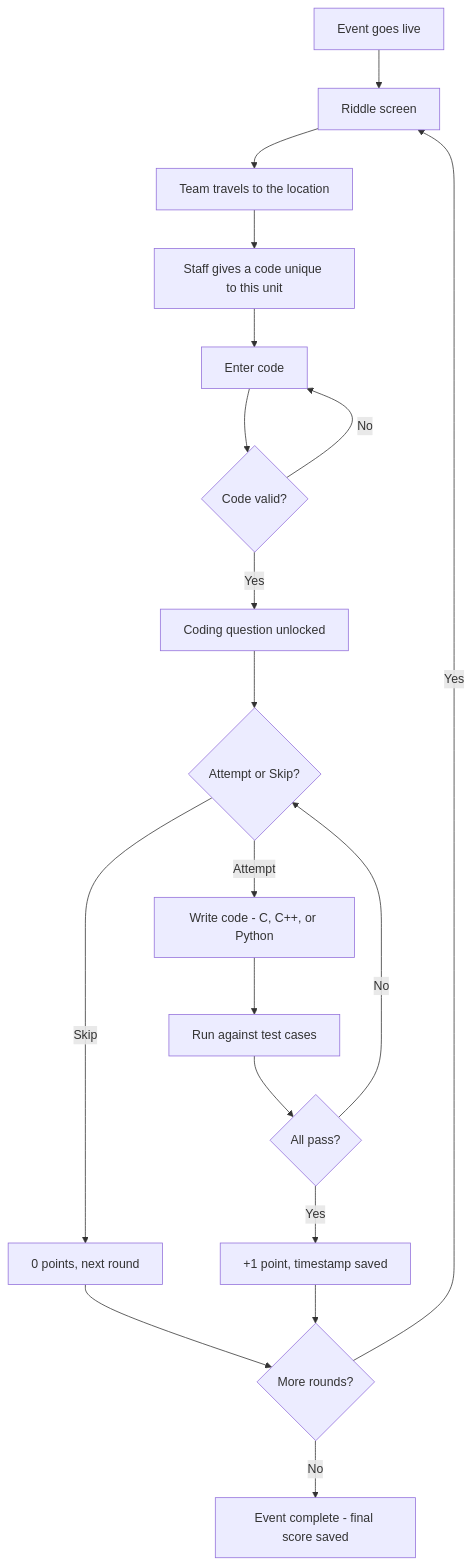
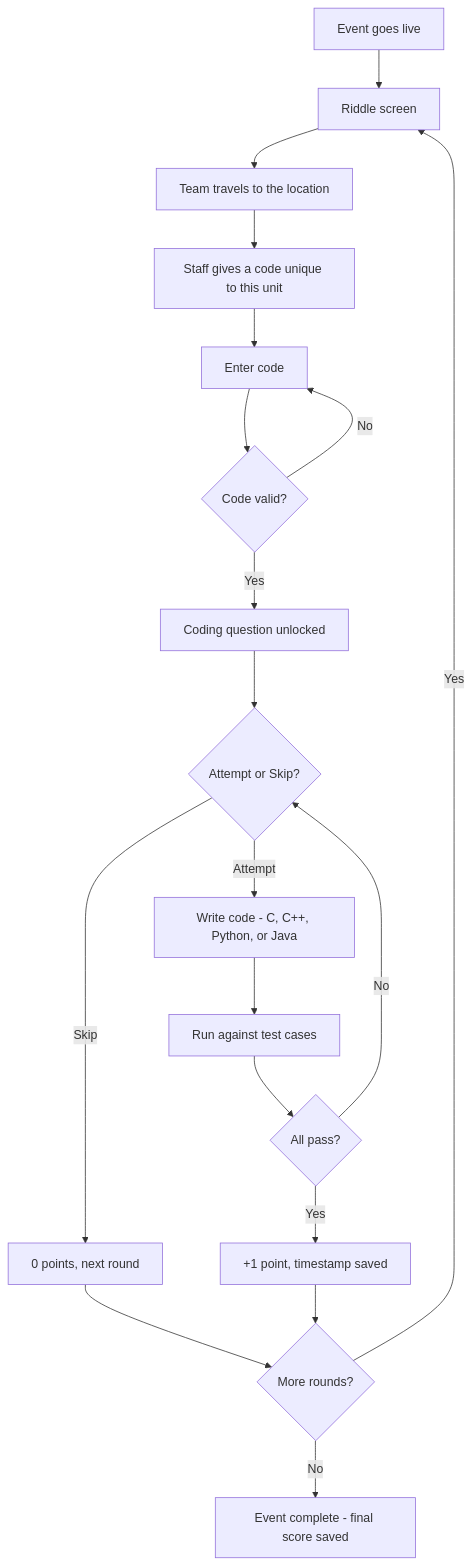
Before and after one commit to Developer-Amar/tech-track: the third of 4 diagrams in docs/Tech_Track_App_Flow.md, drawn with Mermaid. The commit also changed other lines of this file and 103 other files, not shown here.

Commit message:
feat: complete Tech Trek v1.0 — Sentinel Terminal, cinematic scroll timeline, 3D WebGL, full event platform, security patches

````diff
--- a/docs/Tech_Track_App_Flow.md
+++ b/docs/Tech_Track_App_Flow.md
@@ -69,21 +69,21 @@
 ```mermaid
 flowchart TD
     A[Event goes live] --> B[Riddle screen]
     B --> C[Team travels to the location]
     C --> D[Staff gives a code unique to this unit]
     D --> E[Enter code]
     E --> F{Code valid?}
     F -->|No| E
     F -->|Yes| G[Coding question unlocked]
     G --> H{Attempt or Skip?}
     H -->|Skip| I[0 points, next round]
-    H -->|Attempt| J[Write code - C, C++, or Python]
+    H -->|Attempt| J[Write code - C, C++, Python, or Java]
     J --> K[Run against test cases]
     K --> L{All pass?}
     L -->|No| H
     L -->|Yes| M[+1 point, timestamp saved]
     I --> N{More rounds?}
     M --> N
     N -->|Yes| B
     N -->|No| O[Event complete - final score saved]
 ```
````
